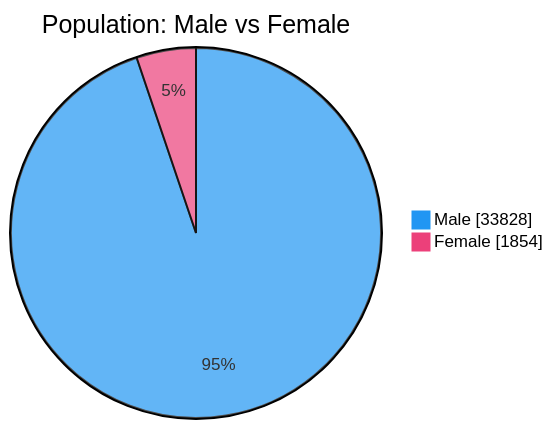
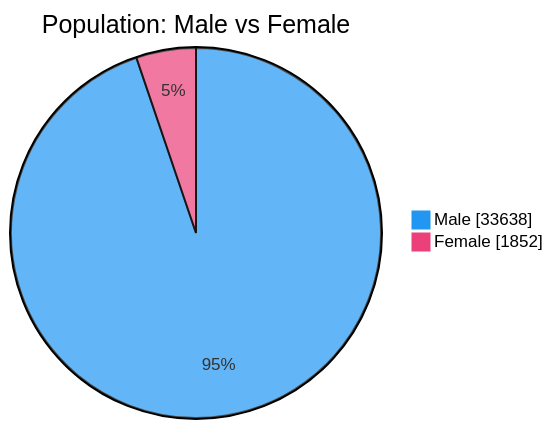
The second of 7 diagrams in README.md (nuuuwan/lk_prisons), drawn with Mermaid before and after one commit. The commit also changed other lines of this file and 1 other file, not shown here.

````diff
--- a/README.md
+++ b/README.md
@@ -54,6 +54,6 @@
 ```mermaid
 %%{init: {'themeVariables': {'pie1': '#2196F3', 'pie2': '#EC407A'}}}%%
 pie showData title Population: Male vs Female
-    "Male" : 33828
-    "Female" : 1854
+    "Male" : 33638
+    "Female" : 1852
 ```
````
